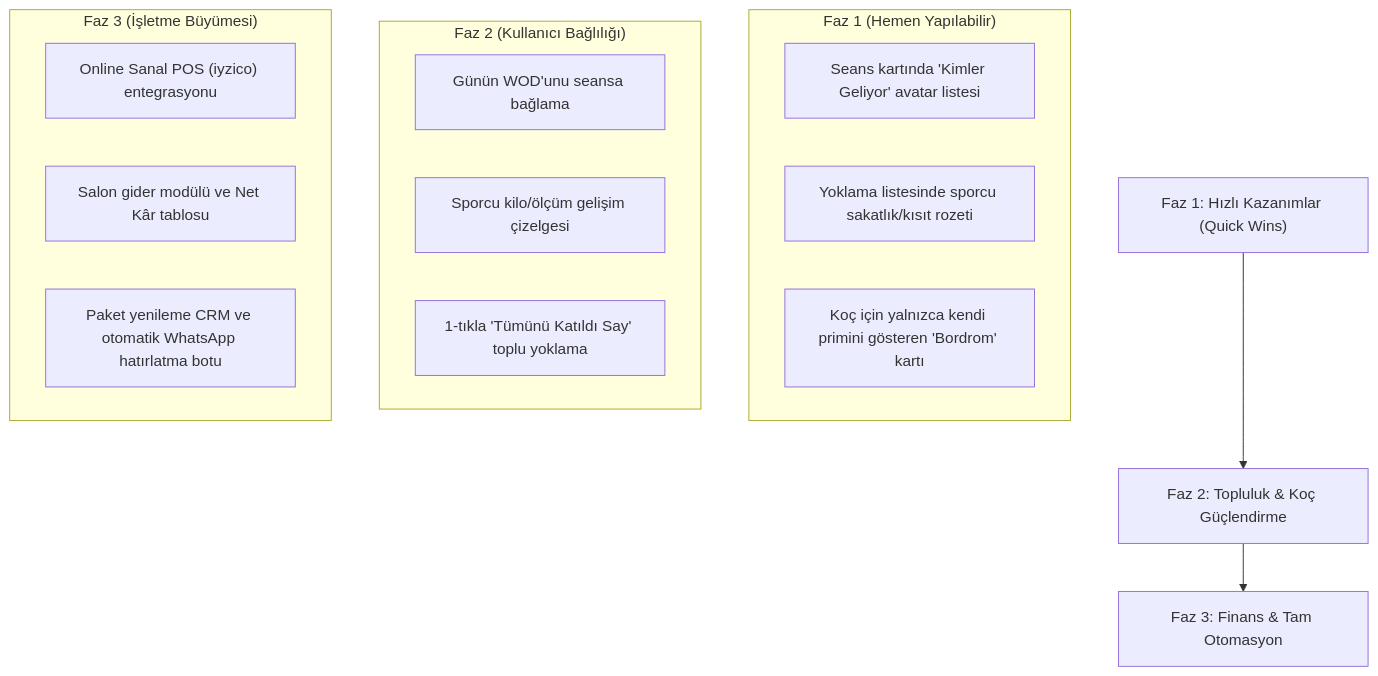
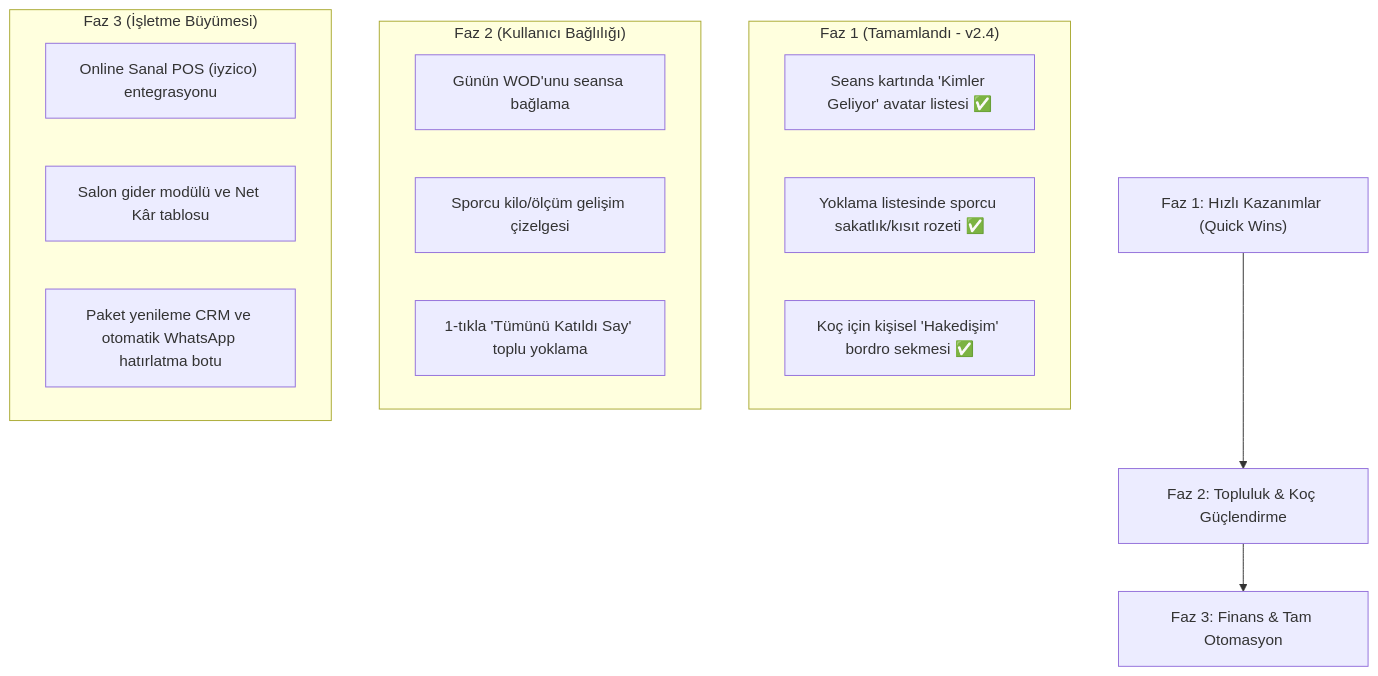
One commit to mufuks/SporTakip changed the diagram in docs/reviews/deep_audit_and_feature_roadmap.md. Above: the diagram before and after it, drawn with Mermaid. The commit also changed other lines of this file and 35 other files, not shown here.

````diff
--- a/docs/reviews/deep_audit_and_feature_roadmap.md
+++ b/docs/reviews/deep_audit_and_feature_roadmap.md
@@ -99,23 +99,23 @@
 ```mermaid
 graph TD
     A["Faz 1: Hızlı Kazanımlar (Quick Wins)"] --> B["Faz 2: Topluluk & Koç Güçlendirme"]
     B --> C["Faz 3: Finans & Tam Otomasyon"]
 
-    subgraph "Faz 1 (Hemen Yapılabilir)"
-        A1["Seans kartında 'Kimler Geliyor' avatar listesi"]
-        A2["Yoklama listesinde sporcu sakatlık/kısıt rozeti"]
-        A3["Koç için yalnızca kendi primini gösteren 'Bordrom' kartı"]
+    subgraph "Faz 1 (Tamamlandı - v2.4)"
+        A1["Seans kartında 'Kimler Geliyor' avatar listesi ✅"]
+        A2["Yoklama listesinde sporcu sakatlık/kısıt rozeti ✅"]
+        A3["Koç için kişisel 'Hakedişim' bordro sekmesi ✅"]
     end
 
     subgraph "Faz 2 (Kullanıcı Bağlılığı)"
         B1["Günün WOD'unu seansa bağlama"]
         B2["Sporcu kilo/ölçüm gelişim çizelgesi"]
         B3["1-tıkla 'Tümünü Katıldı Say' toplu yoklama"]
     end
 
     subgraph "Faz 3 (İşletme Büyümesi)"
         C1["Online Sanal POS (iyzico) entegrasyonu"]
         C2["Salon gider modülü ve Net Kâr tablosu"]
         C3["Paket yenileme CRM ve otomatik WhatsApp hatırlatma botu"]
     end
 ```
````
